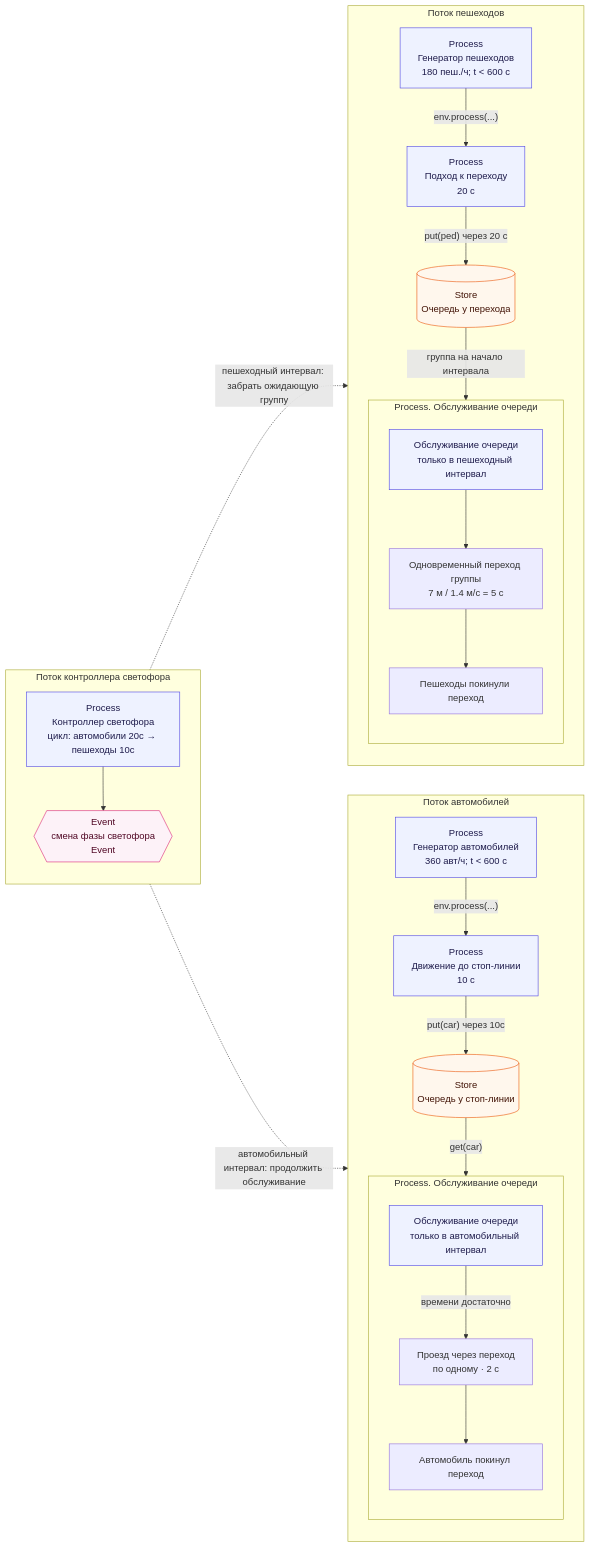
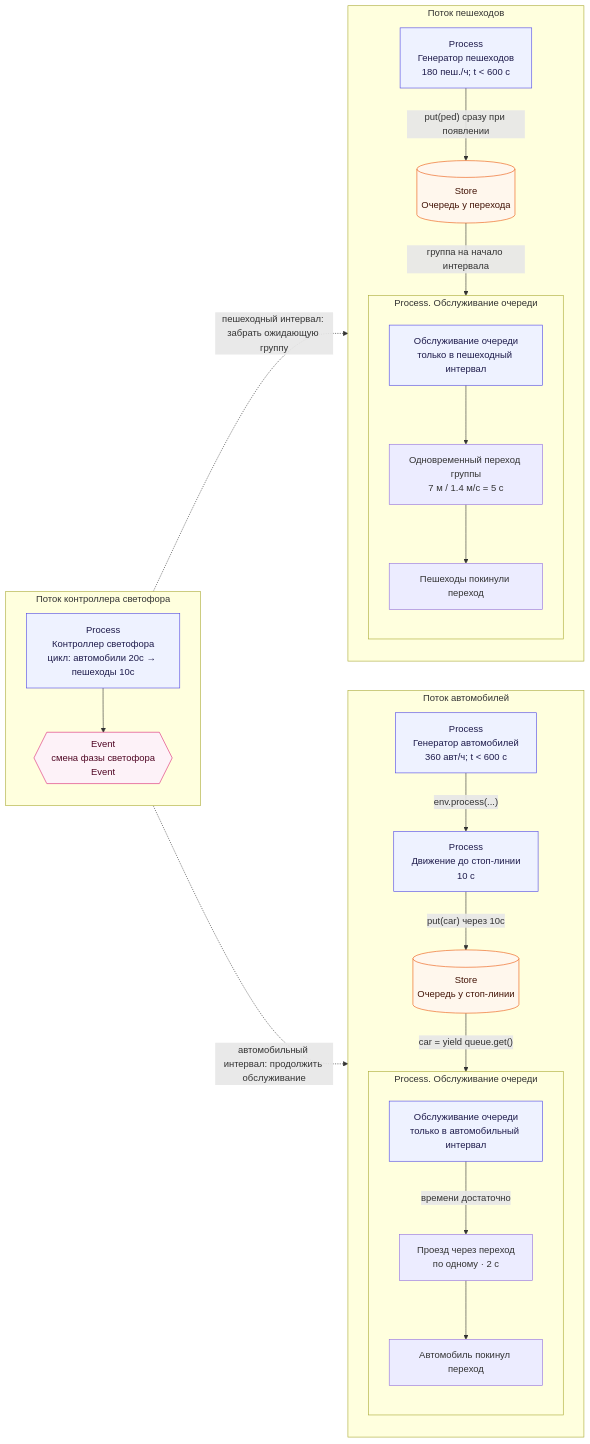
The second of 2 diagrams in openspec/stages/stage-1-simpy/exercise-04.md (prawek/UrbanFlow), drawn with Mermaid before and after one commit. The commit also changed other lines of this file and 9 other files, not shown here.

````diff
--- a/openspec/stages/stage-1-simpy/exercise-04.md
+++ b/openspec/stages/stage-1-simpy/exercise-04.md
@@ -99,60 +93,58 @@
 ```mermaid
 flowchart LR
     subgraph signalFlow["Поток контроллера светофора"]
         direction TB
         controller["Process<br/>Контроллер светофора<br/>цикл: автомобили 20с → пешеходы 10с"]
         phaseEvent{{"Event</br>cмена фазы светофора<br/>Event"}}
 
         controller --> phaseEvent
     end
 
     subgraph carFlow["Поток автомобилей"]
         direction TB
         carGenerator["Process<br/>Генератор автомобилей<br/>360 авт/ч; t &lt; 600 с"]
         carApproach["Process<br/>Движение до стоп-линии<br/>10 с"]
         carQueue[("Store<br/>Очередь у стоп-линии")]
 
         carGenerator -->|"env.process(...)"| carApproach
         carApproach -->|"put(car) через 10с"| carQueue
-        carQueue -->|"get(car)"| carService
+        carQueue -->|"car = yield queue.get()"| carService
         
         subgraph carQueueProcess["Process. Обслуживание очереди"]
             direction TB
             carService["Обслуживание очереди<br/>только в автомобильный интервал"]
             carCrossing["Проезд через переход<br/>по одному · 2 с"]
             carExit["Автомобиль покинул переход"]
       
             carService -->|"времени достаточно"| carCrossing
             carCrossing --> carExit
         end
     end
 
     subgraph pedestrianFlow["Поток пешеходов"]
         direction TB
         pedGenerator["Process<br/>Генератор пешеходов<br/>180 пеш./ч; t &lt; 600 с"]
-        pedApproach["Process<br/>Подход к переходу<br/>20 с"]
         pedQueue[("Store<br/>Очередь у перехода")]
-        pedGenerator -->|"env.process(...)"| pedApproach
-        pedApproach -->|"put(ped) через 20 с"| pedQueue
+        pedGenerator -->|"put(ped) сразу при появлении"| pedQueue
         pedQueue -->|"группа на начало интервала"| pedService
         
         subgraph pedestrianQueueuProcess["Process. Обслуживание очереди"]
             direction TB
             pedService["Обслуживание очереди<br/>только в пешеходный интервал"]
             pedCrossing["Одновременный переход группы<br/>7 м / 1.4 м/с = 5 с"]
             pedExit["Пешеходы покинули переход"]
             pedService --> pedCrossing
             pedCrossing --> pedExit
         end
     end
 
     phaseEvent -.->|"автомобильный интервал: продолжить обслуживание"| carService
     phaseEvent -.->|"пешеходный интервал: забрать ожидающую группу"| pedService
 
     classDef process fill:#eef2ff,stroke:#4f46e5,color:#1e1b4b;
     classDef store fill:#fff7ed,stroke:#ea580c,color:#431407;
     classDef event fill:#fdf2f8,stroke:#db2777,color:#500724;
-    class carGenerator,carApproach,pedGenerator,pedApproach,carService,pedService,controller process;
+    class carGenerator,carApproach,pedGenerator,carService,pedService,controller process;
     class carQueue,pedQueue store;
     class phaseEvent event;
 ```
````
